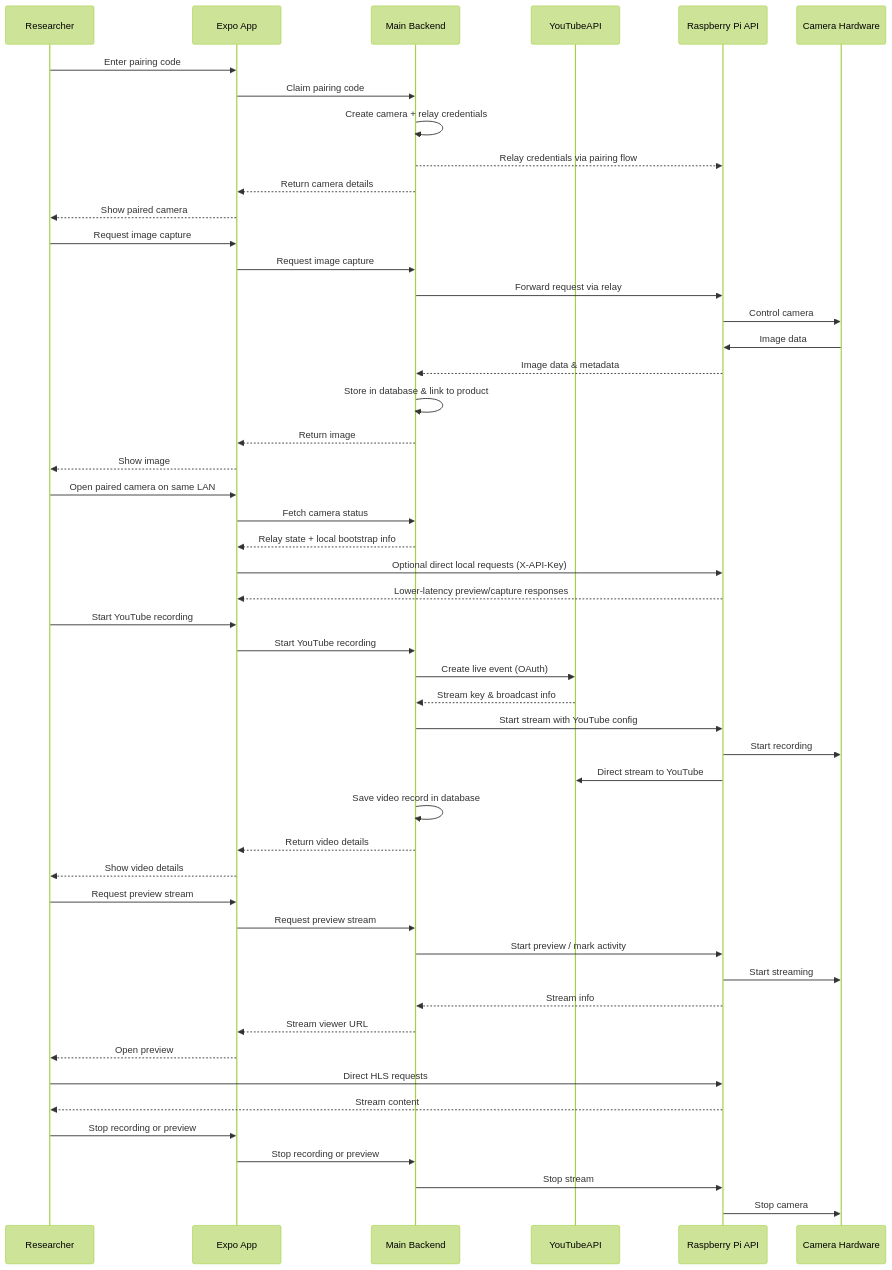
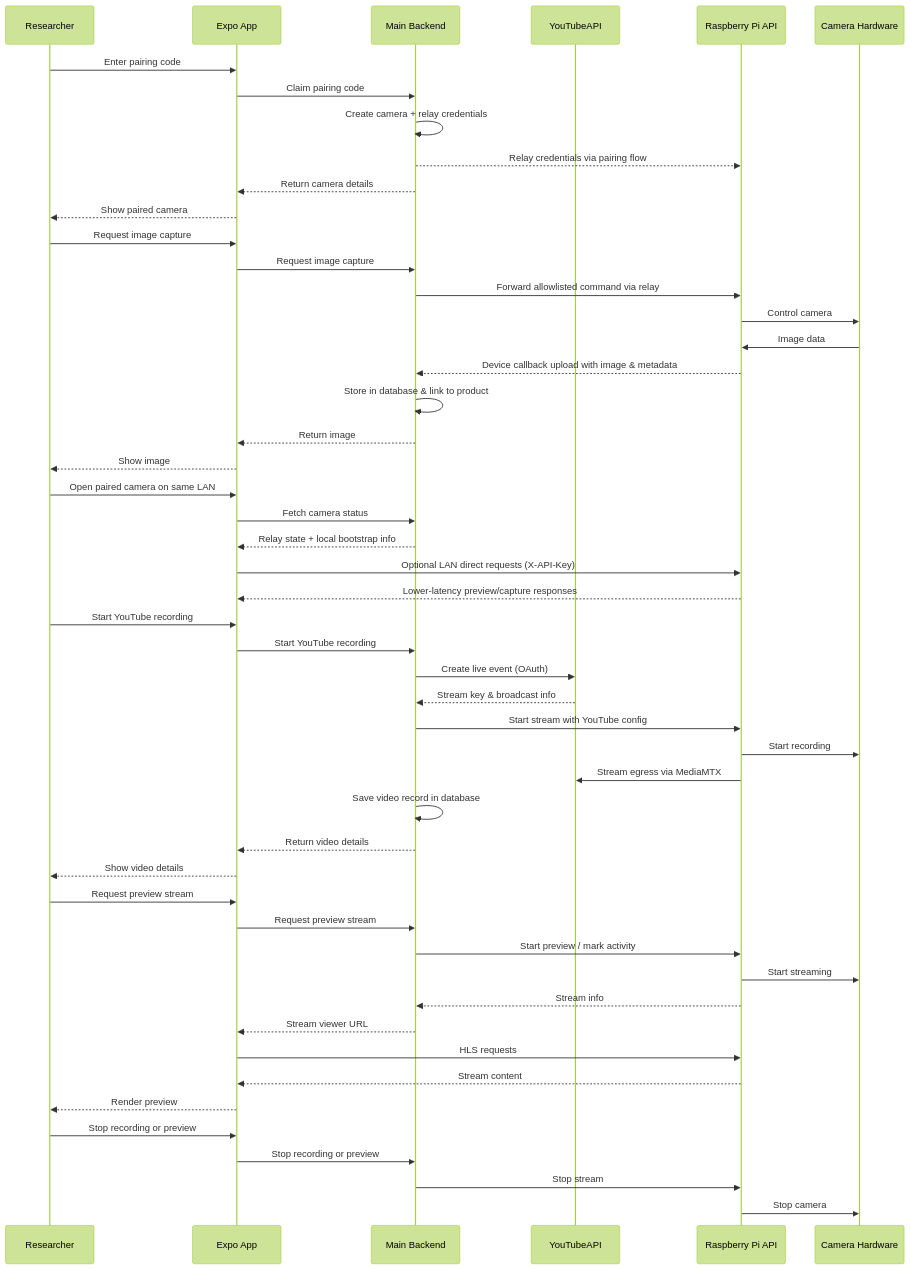
The second of 2 diagrams in docs/src/content/docs/architecture/rpi-cam.mdx (CMLPlatform/relab), drawn with Mermaid (forest theme) before and after one commit. The commit also changed other lines of this file and 2187 other files, not shown here.

````diff
--- a/docs/src/content/docs/architecture/rpi-cam.mdx
+++ b/docs/src/content/docs/architecture/rpi-cam.mdx
@@ -94,64 +65,66 @@
 ```mermaid
 sequenceDiagram
+    accTitle: RPi camera pairing, capture, and streaming flow
+    accDescr: Shows camera pairing through a claimed code, image capture relayed from the app through the backend to the camera and back, optional LAN-direct preview and capture once paired, YouTube live streaming started through backend-mediated OAuth, local HLS preview streaming, and how each flow is stopped.
     participant Researcher
     participant App as Expo App
     participant Backend as Main Backend
     participant YouTubeAPI
     participant RPiCamAPI as Raspberry Pi API
     participant Camera as Camera Hardware
 
     %% Camera Registration
     Researcher->>App: Enter pairing code
     App->>Backend: Claim pairing code
     Backend->>Backend: Create camera + relay credentials
     Backend-->>RPiCamAPI: Relay credentials via pairing flow
     Backend-->>App: Return camera details
     App-->>Researcher: Show paired camera
 
     %% Image Capture Flow
     Researcher->>App: Request image capture
     App->>Backend: Request image capture
-    Backend->>RPiCamAPI: Forward request via relay
+    Backend->>RPiCamAPI: Forward allowlisted command via relay
     RPiCamAPI->>Camera: Control camera
     Camera->>RPiCamAPI: Image data
-    RPiCamAPI-->>Backend: Image data & metadata
+    RPiCamAPI-->>Backend: Device callback upload with image & metadata
     Backend->>Backend: Store in database & link to product
     Backend-->>App: Return image
     App-->>Researcher: Show image
 
     %% Optional Local Direct Mode
     Researcher->>App: Open paired camera on same LAN
     App->>Backend: Fetch camera status
     Backend-->>App: Relay state + local bootstrap info
-    App->>RPiCamAPI: Optional direct local requests (X-API-Key)
+    App->>RPiCamAPI: Optional LAN direct requests (X-API-Key)
     RPiCamAPI-->>App: Lower-latency preview/capture responses
 
     %% YouTube Streaming Flow
     Researcher->>App: Start YouTube recording
     App->>Backend: Start YouTube recording
     Backend->>YouTubeAPI: Create live event (OAuth)
     YouTubeAPI-->>Backend: Stream key & broadcast info
     Backend->>RPiCamAPI: Start stream with YouTube config
     RPiCamAPI->>Camera: Start recording
-    RPiCamAPI->>YouTubeAPI: Direct stream to YouTube
+    RPiCamAPI->>YouTubeAPI: Stream egress via MediaMTX
     Backend->>Backend: Save video record in database
     Backend-->>App: Return video details
     App-->>Researcher: Show video details
 
     %% Local Preview Stream
     Researcher->>App: Request preview stream
     App->>Backend: Request preview stream
     Backend->>RPiCamAPI: Start preview / mark activity
     RPiCamAPI->>Camera: Start streaming
     RPiCamAPI-->>Backend: Stream info
     Backend-->>App: Stream viewer URL
-    App-->>Researcher: Open preview
-    Researcher->>RPiCamAPI: Direct HLS requests
-    RPiCamAPI-->>Researcher: Stream content
+    App->>RPiCamAPI: HLS requests
+    RPiCamAPI-->>App: Stream content
+    App-->>Researcher: Render preview
 
     %% Stop Streaming
     Researcher->>App: Stop recording or preview
     App->>Backend: Stop recording or preview
     Backend->>RPiCamAPI: Stop stream
     RPiCamAPI->>Camera: Stop camera
 ```
````
